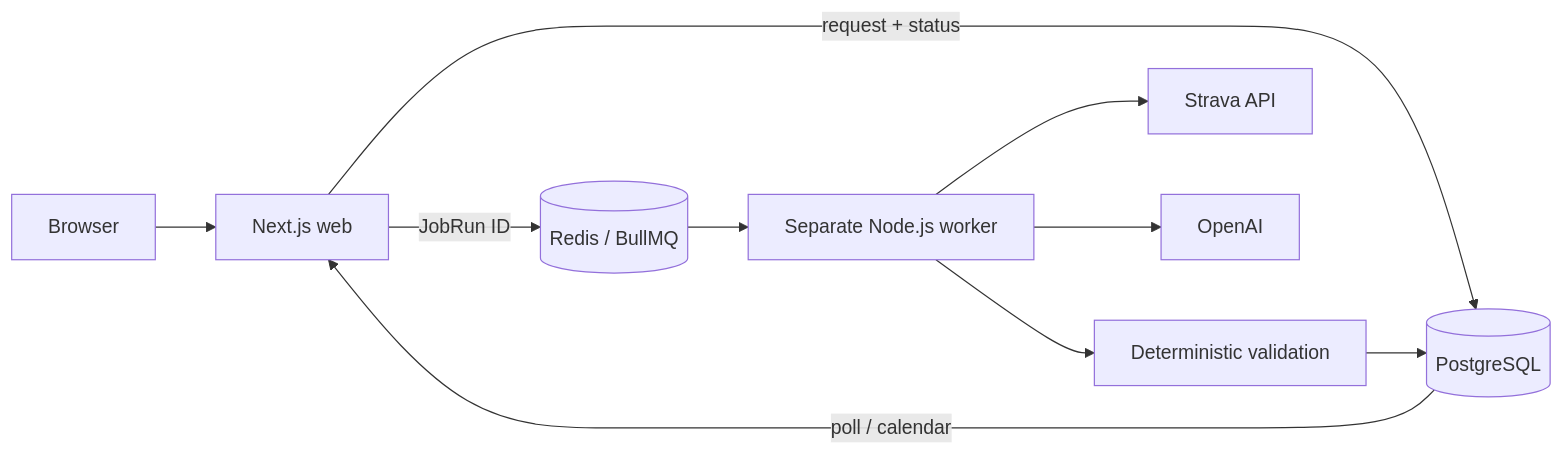
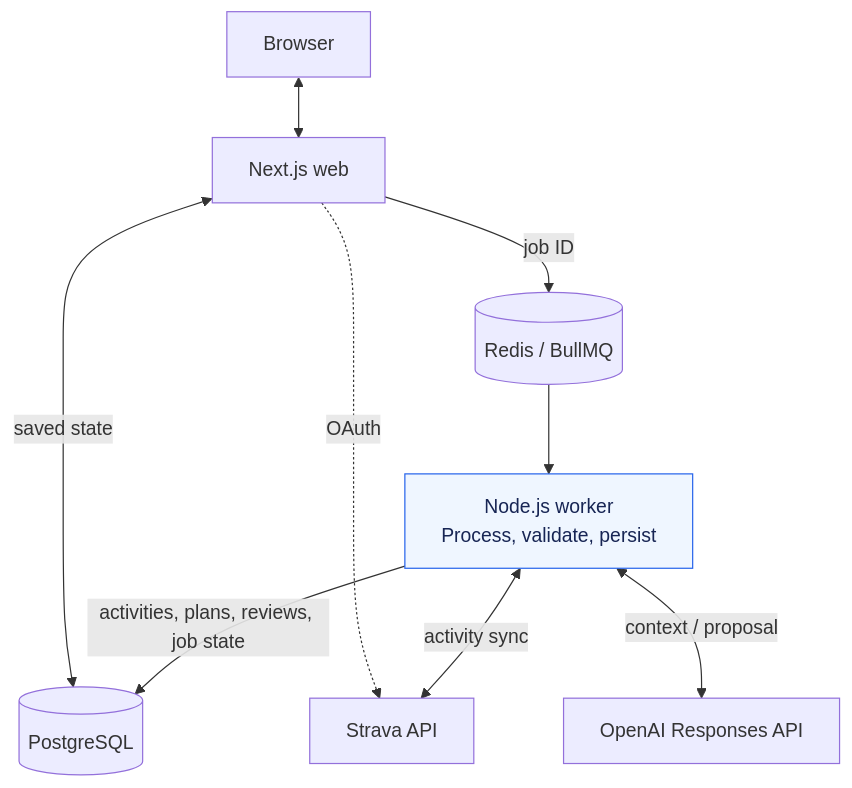
One commit to zfl1rice/strava-training-planner changed the first of 2 diagrams in README.md. Above: the diagram before and after it, drawn with Mermaid. The commit also changed other lines of this file and 25 other files, not shown here.

````diff
--- a/README.md
+++ b/README.md
@@ -26,12 +47,13 @@
 ```mermaid
-flowchart LR
-  Browser --> Web[Next.js web]
-  Web -->|request + status| DB[(PostgreSQL)]
-  Web -->|JobRun ID| Redis[(Redis / BullMQ)]
-  Redis --> Worker[Separate Node.js worker]
-  Worker --> Strava[Strava API]
-  Worker --> AI[OpenAI]
-  Worker --> Validate[Deterministic validation]
-  Validate --> DB
-  DB -->|poll / calendar| Web
+flowchart TB
+  Browser["Browser"] <--> Web["Next.js web"]
+  Web <-->|"saved state"| DB[("PostgreSQL")]
+  Web -->|"job ID"| Queue[("Redis / BullMQ")]
+  Queue --> Worker["Node.js worker<br/>Process, validate, persist"]
+  Web -.->|"OAuth"| Strava["Strava API"]
+  Worker <-->|"activity sync"| Strava
+  Worker <-->|"context / proposal"| AI["OpenAI Responses API"]
+  Worker -->|"activities, plans, reviews, job state"| DB
+  classDef boundary fill:#eff6ff,stroke:#2563eb,color:#172554;
+  class Worker boundary;
 ```
````
